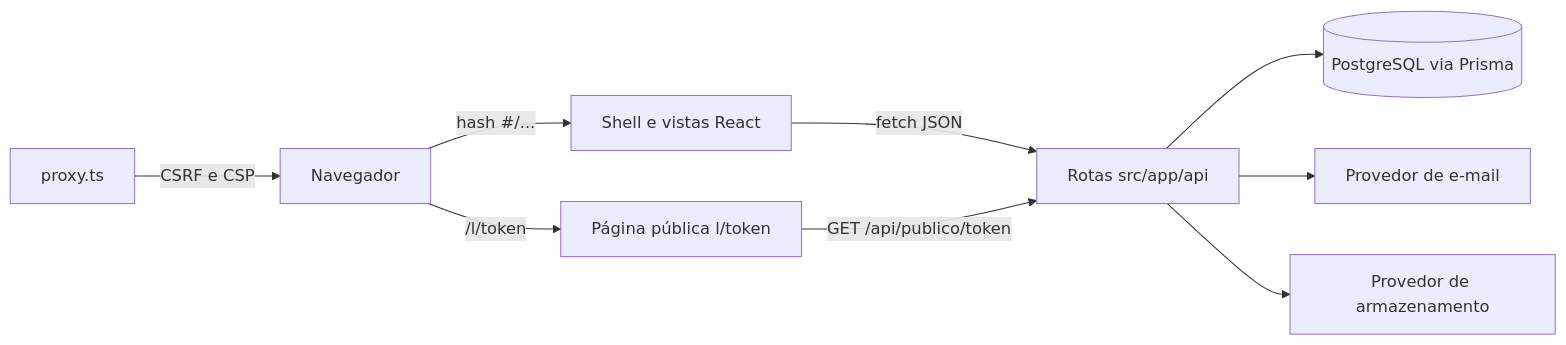
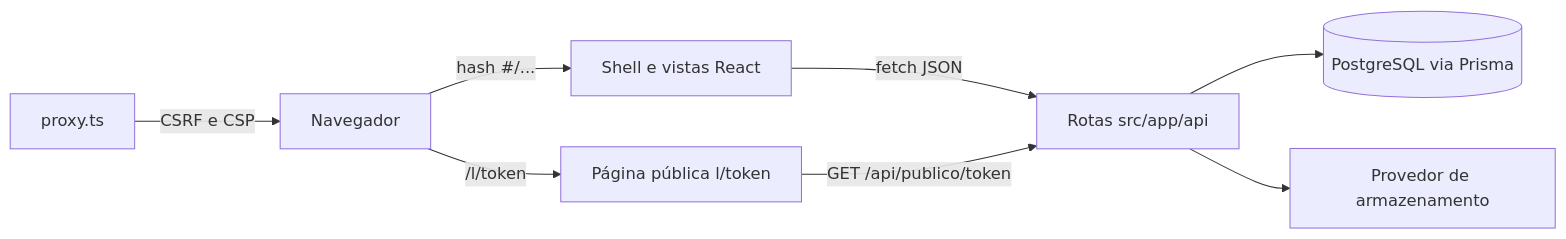
Before and after one commit to eemtijca/caderno-aberto: the first of 2 diagrams in docs/arquitetura.md, drawn with Mermaid. The commit also changed other lines of this file and 14 other files, not shown here.

````diff
--- a/docs/arquitetura.md
+++ b/docs/arquitetura.md
@@ -9,11 +9,10 @@
 ```mermaid
 flowchart LR
   N[Navegador] -->|hash #/...| S[Shell e vistas React]
   N -->|/l/token| P[Página pública l/token]
   S -->|fetch JSON| A[Rotas src/app/api]
   P -->|GET /api/publico/token| A
   A --> D[(PostgreSQL via Prisma)]
-  A --> E[Provedor de e-mail]
   A --> F[Provedor de armazenamento]
   M[proxy.ts] -->|CSRF e CSP| N
 ```
````
